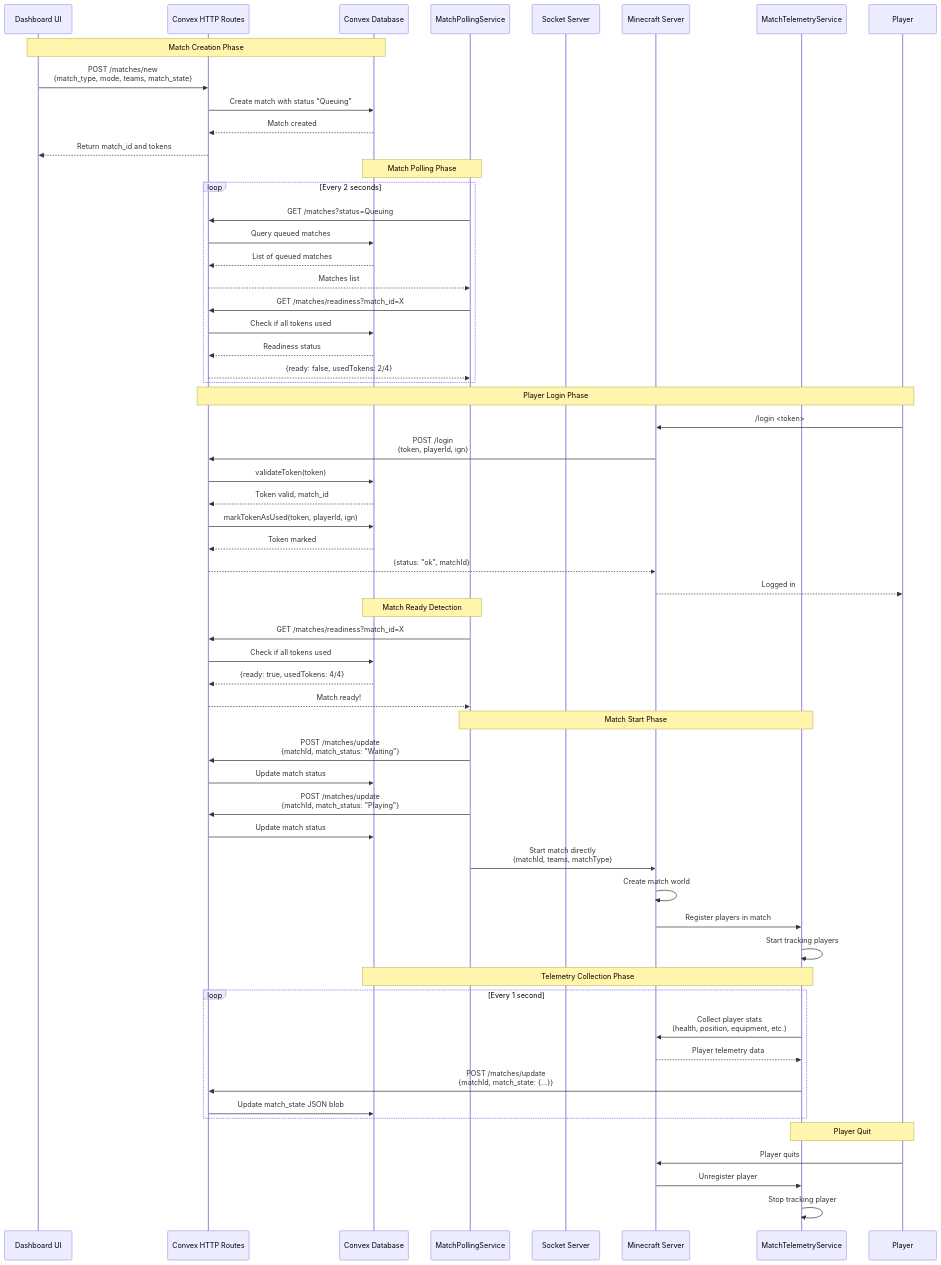
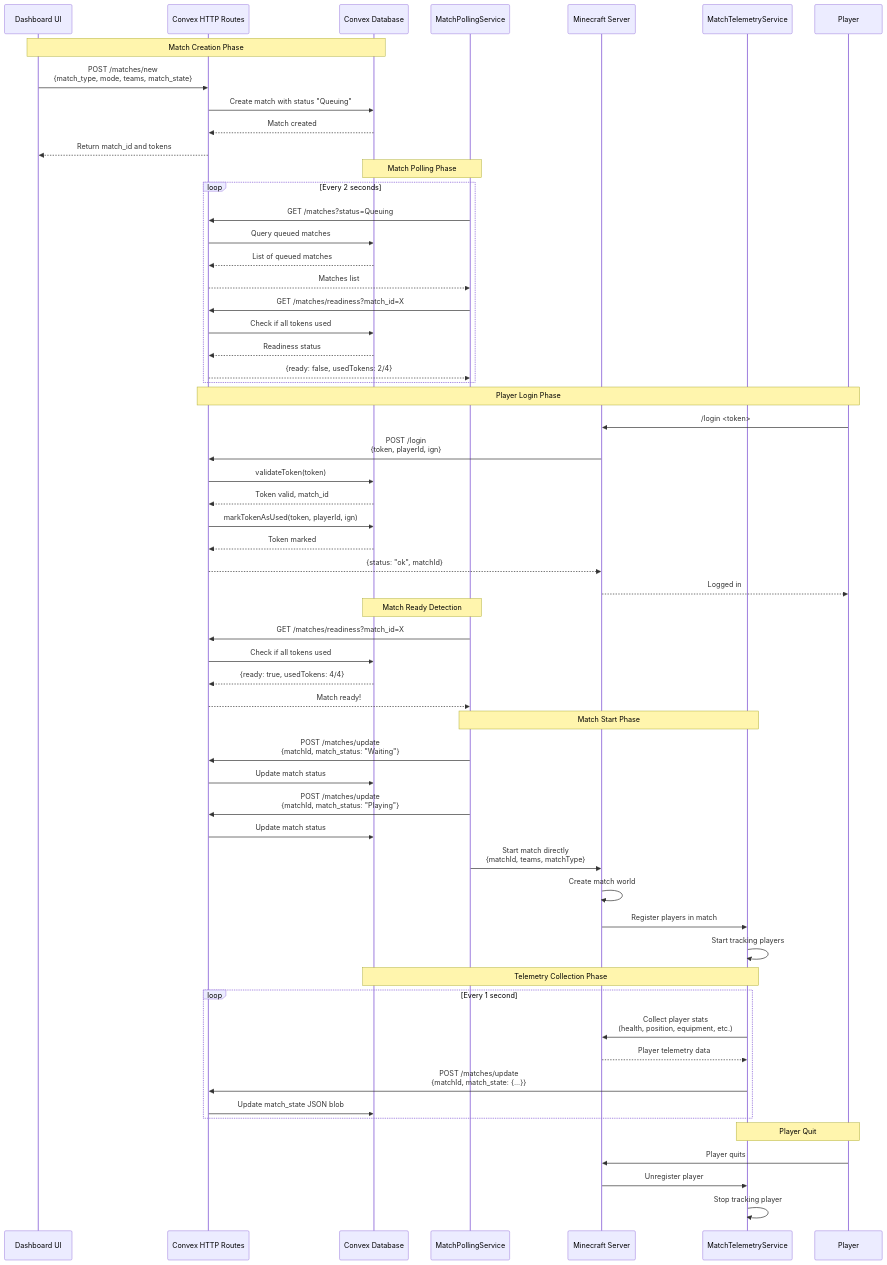
The second of 2 diagrams in docs/match-system-architecture.md (project-blockwarriors/blockwarriors-cmd), drawn with Mermaid before and after one commit. The commit also changed other lines of this file and 2 other files, not shown here.

Commit message:
Refactor documentation to remove Socket.IO references and clarify match starting process. All communication now occurs via Convex HTTP routes, eliminating the need for real-time socket connections.

````diff
--- a/docs/match-system-architecture.md
+++ b/docs/match-system-architecture.md
@@ -64,70 +64,69 @@
 ```mermaid
 sequenceDiagram
     participant UI as Dashboard UI
     participant HTTP as Convex HTTP Routes
     participant DB as Convex Database
     participant POLLING as MatchPollingService
-    participant SOCKET as Socket Server
     participant BEACON as Minecraft Server
     participant TELEMETRY as MatchTelemetryService
     participant PLAYER as Player
 
     Note over UI,DB: Match Creation Phase
     UI->>HTTP: POST /matches/new<br/>{match_type, mode, teams, match_state}
     HTTP->>DB: Create match with status "Queuing"
     DB-->>HTTP: Match created
     HTTP-->>UI: Return match_id and tokens
 
     Note over POLLING,DB: Match Polling Phase
     loop Every 2 seconds
         POLLING->>HTTP: GET /matches?status=Queuing
         HTTP->>DB: Query queued matches
         DB-->>HTTP: List of queued matches
         HTTP-->>POLLING: Matches list
 
         POLLING->>HTTP: GET /matches/readiness?match_id=X
         HTTP->>DB: Check if all tokens used
         DB-->>HTTP: Readiness status
         HTTP-->>POLLING: {ready: false, usedTokens: 2/4}
     end
 
     Note over PLAYER,HTTP: Player Login Phase
     PLAYER->>BEACON: /login <token>
     BEACON->>HTTP: POST /login<br/>{token, playerId, ign}
     HTTP->>DB: validateToken(token)
     DB-->>HTTP: Token valid, match_id
     HTTP->>DB: markTokenAsUsed(token, playerId, ign)
     DB-->>HTTP: Token marked
     HTTP-->>BEACON: {status: "ok", matchId}
     BEACON-->>PLAYER: Logged in
 
     Note over POLLING,DB: Match Ready Detection
     POLLING->>HTTP: GET /matches/readiness?match_id=X
     HTTP->>DB: Check if all tokens used
     DB-->>HTTP: {ready: true, usedTokens: 4/4}
     HTTP-->>POLLING: Match ready!
 
     Note over POLLING,TELEMETRY: Match Start Phase
     POLLING->>HTTP: POST /matches/update<br/>{matchId, match_status: "Waiting"}
     HTTP->>DB: Update match status
     POLLING->>HTTP: POST /matches/update<br/>{matchId, match_status: "Playing"}
     HTTP->>DB: Update match status
 
     POLLING->>BEACON: Start match directly<br/>{matchId, teams, matchType}
     BEACON->>BEACON: Create match world
     BEACON->>TELEMETRY: Register players in match
     TELEMETRY->>TELEMETRY: Start tracking players
 
     Note over TELEMETRY,DB: Telemetry Collection Phase
     loop Every 1 second
         TELEMETRY->>BEACON: Collect player stats<br/>(health, position, equipment, etc.)
         BEACON-->>TELEMETRY: Player telemetry data
         TELEMETRY->>HTTP: POST /matches/update<br/>{matchId, match_state: {...}}
         HTTP->>DB: Update match_state JSON blob
     end
 
     Note over PLAYER,TELEMETRY: Player Quit
     PLAYER->>BEACON: Player quits
     BEACON->>TELEMETRY: Unregister player
     TELEMETRY->>TELEMETRY: Stop tracking player
 ```
````
